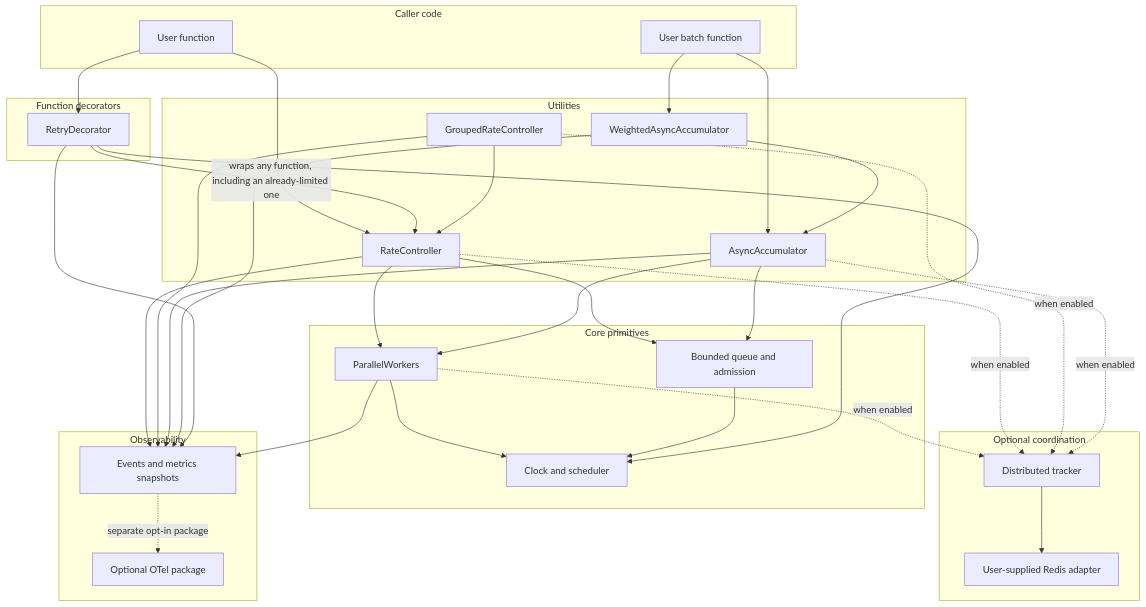
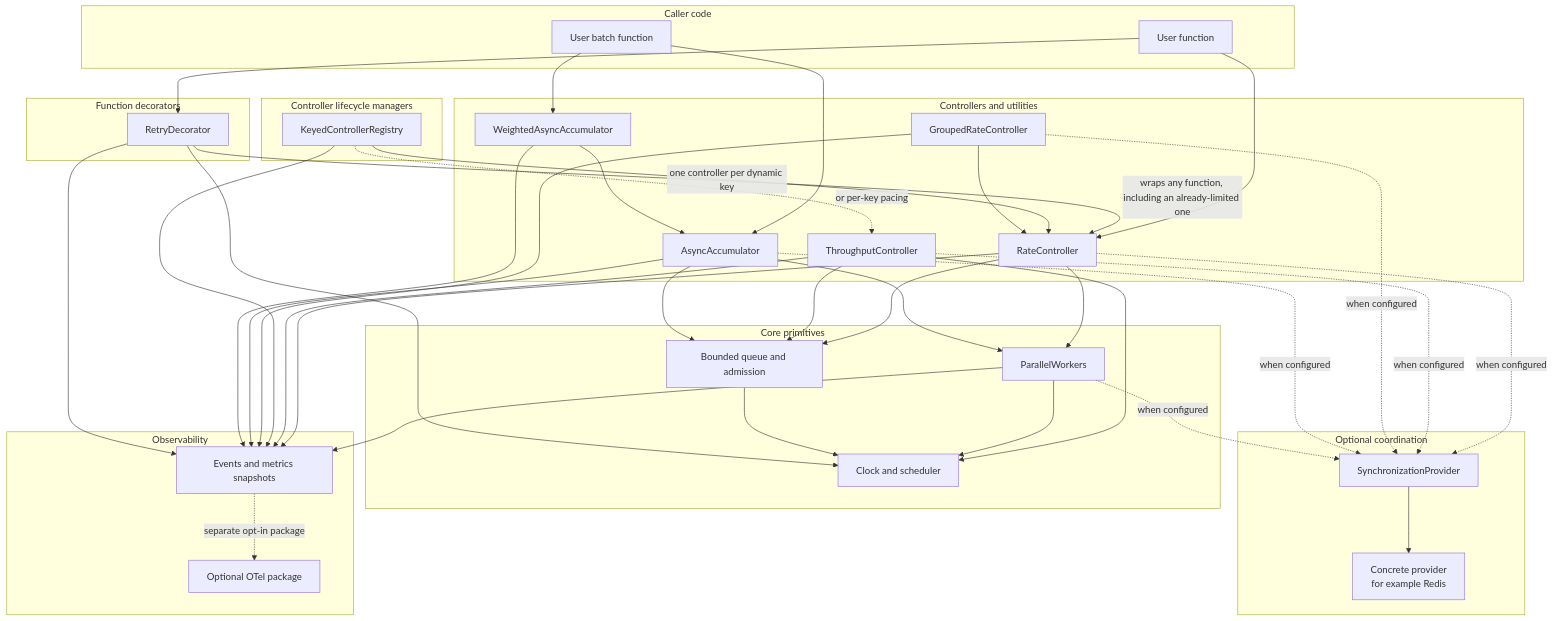
Before and after one commit to MatanelGordon/Limitful: the first of 5 diagrams in docs/architecture.md, drawn with Mermaid. The commit also changed other lines of this file and 20 other files, not shown here.

First line of the commit message:
Enhance documentation for ThroughputController and introduce Shared Controller Contract

````diff
--- a/docs/architecture.md
+++ b/docs/architecture.md
@@ -26,64 +26,76 @@
 ```mermaid
 flowchart TD
   subgraph Caller["Caller code"]
     UF["User function"]
     UBF["User batch function"]
   end
 
   subgraph Wrappers["Function decorators"]
     RD["RetryDecorator"]
   end
 
-  subgraph Utilities["Utilities"]
+  subgraph Registries["Controller lifecycle managers"]
+    KCR["KeyedControllerRegistry"]
+  end
+
+  subgraph Utilities["Controllers and utilities"]
     RC["RateController"]
+    TC["ThroughputController"]
     GRC["GroupedRateController"]
     AA["AsyncAccumulator"]
     WAA["WeightedAsyncAccumulator"]
   end
 
   subgraph Primitives["Core primitives"]
     PW["ParallelWorkers"]
     BQ["Bounded queue and admission"]
     CLK["Clock and scheduler"]
   end
 
   subgraph Coordination["Optional coordination"]
-    TRK["Distributed tracker"]
-    ADP["User-supplied Redis adapter"]
+    SP["SynchronizationProvider"]
+    RP["Concrete provider\nfor example Redis"]
   end
 
   subgraph Observability["Observability"]
     EV["Events and metrics snapshots"]
     OTEL["Optional OTel package"]
   end
 
   UF --> RD
   UF --> RC
   UBF --> AA
   UBF --> WAA
 
   RD -->|"wraps any function, including an already-limited one"| RC
+  KCR -->|"one controller per dynamic key"| RC
+  KCR -.->|"or per-key pacing"| TC
   GRC --> RC
   RC --> PW
   RC --> BQ
+  TC --> BQ
+  TC --> CLK
   AA --> PW
   AA --> BQ
   WAA --> AA
   PW --> CLK
   BQ --> CLK
   RD --> CLK
 
-  RC -.->|"when enabled"| TRK
-  GRC -.->|"when enabled"| TRK
-  AA -.->|"when enabled"| TRK
-  PW -.->|"when enabled"| TRK
-  TRK --> ADP
+  RC -.->|"when configured"| SP
+  TC -.->|"when configured"| SP
+  GRC -.->|"when configured"| SP
+  AA -.->|"when configured"| SP
+  PW -.->|"when configured"| SP
+  SP --> RP
 
   RC --> EV
+  TC --> EV
+  KCR --> EV
   GRC --> EV
   AA --> EV
   WAA --> EV
   PW --> EV
   RD --> EV
   EV -.->|"separate opt-in package"| OTEL
 ```
````
